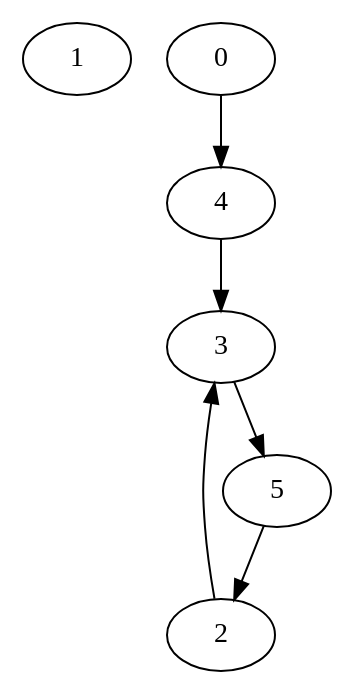
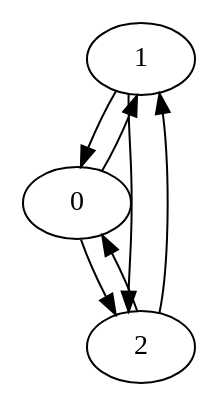
The diagram in DOT/random.dot (Ramzi98/Graph), drawn with Graphviz before and after one commit. The commit also changed 4 other files, not shown here.

```diff
--- a/DOT/random.dot
+++ b/DOT/random.dot
@@ -1,8 +1,8 @@
 digraph g {
- 1;
- 0 -> 4; 
- 5 -> 2; 
- 4 -> 3; 
- 3 -> 5; 
- 2 -> 3; 
+ 1 -> 0; 
+ 1 -> 2; 
+ 0 -> 1; 
+ 0 -> 2; 
+ 2 -> 0; 
+ 2 -> 1; 
 }
```
